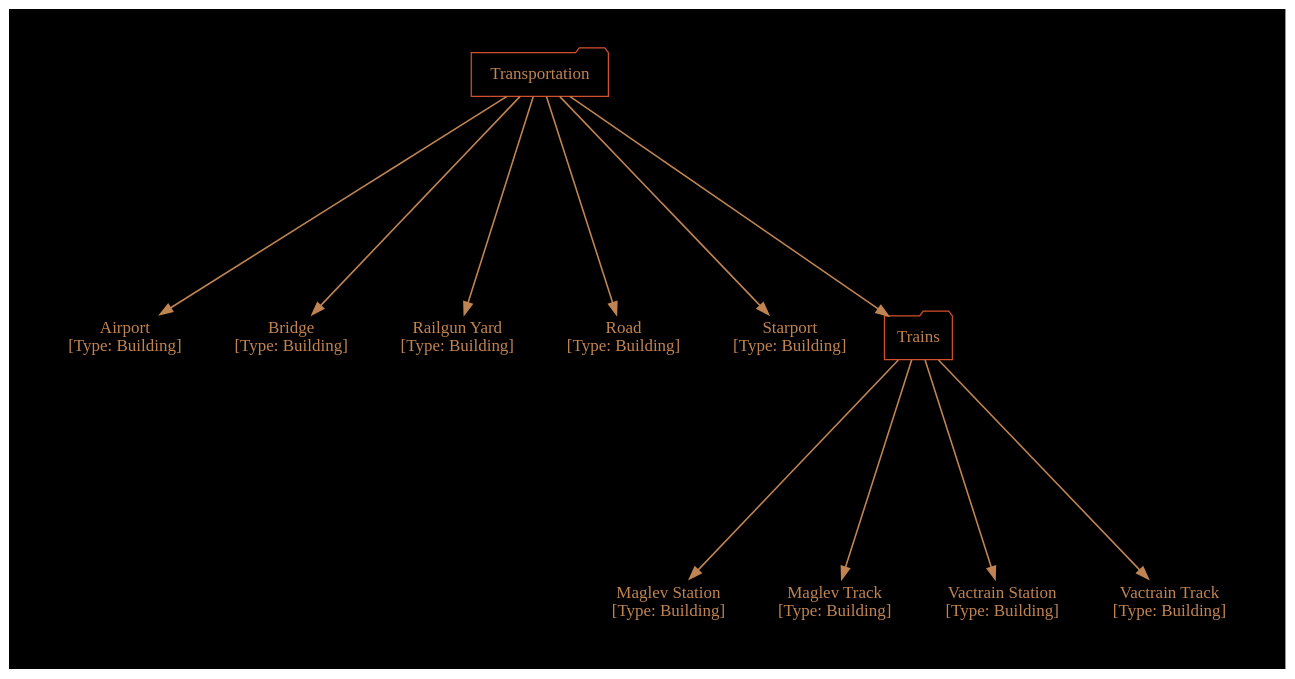
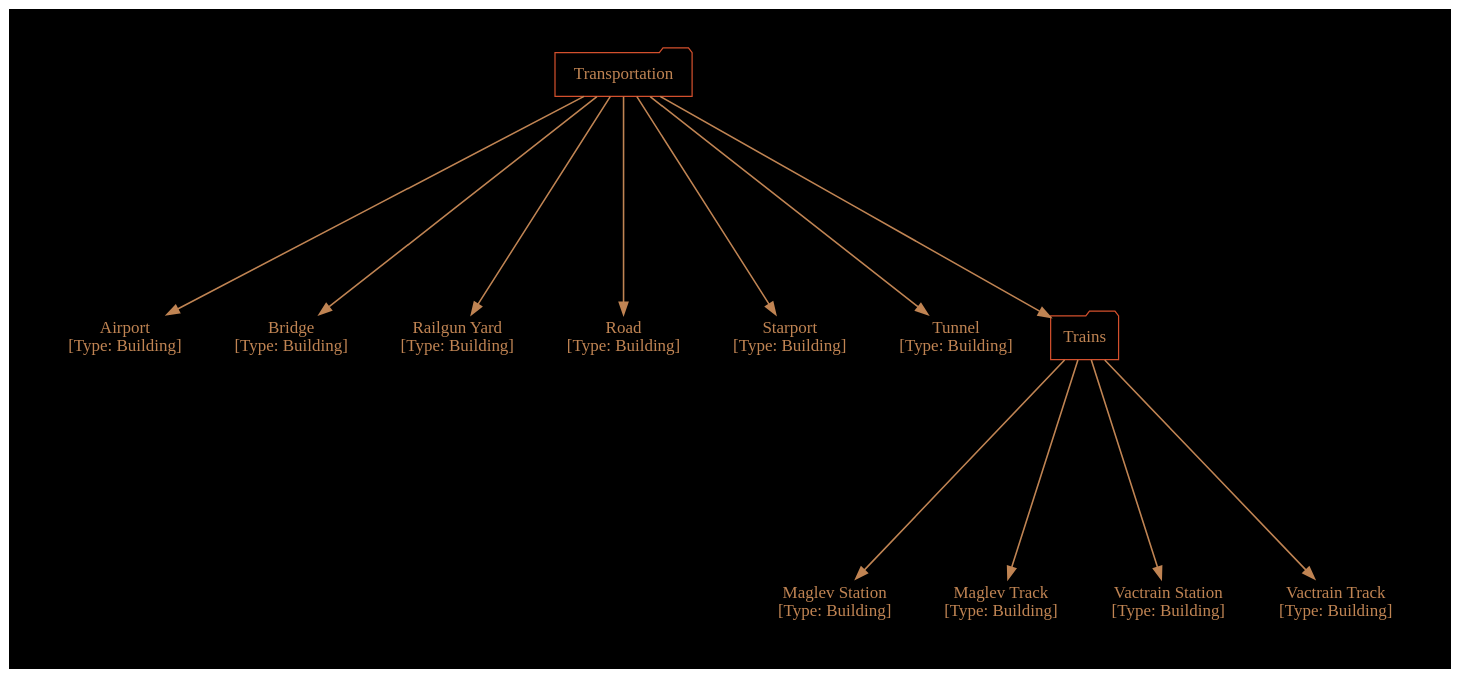
One commit to cartesiantheatre/handbook changed the diagram in Handbook/Source/Game_Mechanics/Diagrams/Units_User_Basic_Transportation.twopi.gv. Above: the diagram before and after it, drawn with Graphviz. The commit also changed 11 other files, not shown here.

```diff
--- a/Handbook/Source/Game_Mechanics/Diagrams/Units_User_Basic_Transportation.twopi.gv
+++ b/Handbook/Source/Game_Mechanics/Diagrams/Units_User_Basic_Transportation.twopi.gv
@@ -1,59 +1,61 @@
 /*
   This is part of the Avaneya Project Crew Handbook.
   Copyright (C) 2010, 2011, 2012
     Kshatra Corp.
   See the file License for copying conditions.
   
   To manually compile:
       $ sudo aptitude install graphviz
       $ twopi -Tpdf Units_User_Basic_Transportation.twopi.gv -o Units_User_Basic_Transportation.pdf
 */
 
 digraph Units_User_Basic_Transportation
 {
     // Graph attributes...
 	bgcolor="black";
 	margin="0";
 	ratio="auto";
     ranksep="2.5";
     pad="0.5,0.5";
     compound="true";
     overlap="vpsc";
     root="Transportation";
 
 	// Node attributes...
 	node[color="#d3502dff"];
 	node[fillcolor="gray10"];
     node[fontcolor="#c08453ff"];
     node[fontname="Ubuntu"];
     node[shape="none"]
 	
 	// Edge attributes...
 	edge[color="#c08453ff"];
 	edge[penwidth="1.3"];
 
     // Units...
     "Airport"[label="Airport\n[Type: Building]"];
     "Bridge"[label="Bridge\n[Type: Building]"];
     "Maglev Station"[label="Maglev Station\n[Type: Building]"];
     "Maglev Track"[label="Maglev Track\n[Type: Building]"];
     "Railgun Yard"[label="Railgun Yard\n[Type: Building]"];
     "Road"[label="Road\n[Type: Building]"];
     "Starport"[label="Starport\n[Type: Building]"];
+    "Tunnel"[label="Tunnel\n[Type: Building]"];
     "Vactrain Station"[label="Vactrain Station\n[Type: Building]"];
     "Vactrain Track"[label="Vactrain Track\n[Type: Building]"];
 
-    // Relations...
+    // Categorical relations, but not build dependencies...
     "Transportation"[shape="folder"];
         "Transportation" -> "Airport";
         "Transportation" -> "Bridge";
         "Transportation" -> "Railgun Yard";
         "Transportation" -> "Road"; // Allow curved
         "Transportation" -> "Starport";
+        "Transportation" -> "Tunnel";
         "Trains"[shape="folder"];
         "Transportation" -> "Trains";
             "Trains" -> "Maglev Station";
             "Trains" -> "Maglev Track";
             "Trains" -> "Vactrain Station";
             "Trains" -> "Vactrain Track";
 }
```
